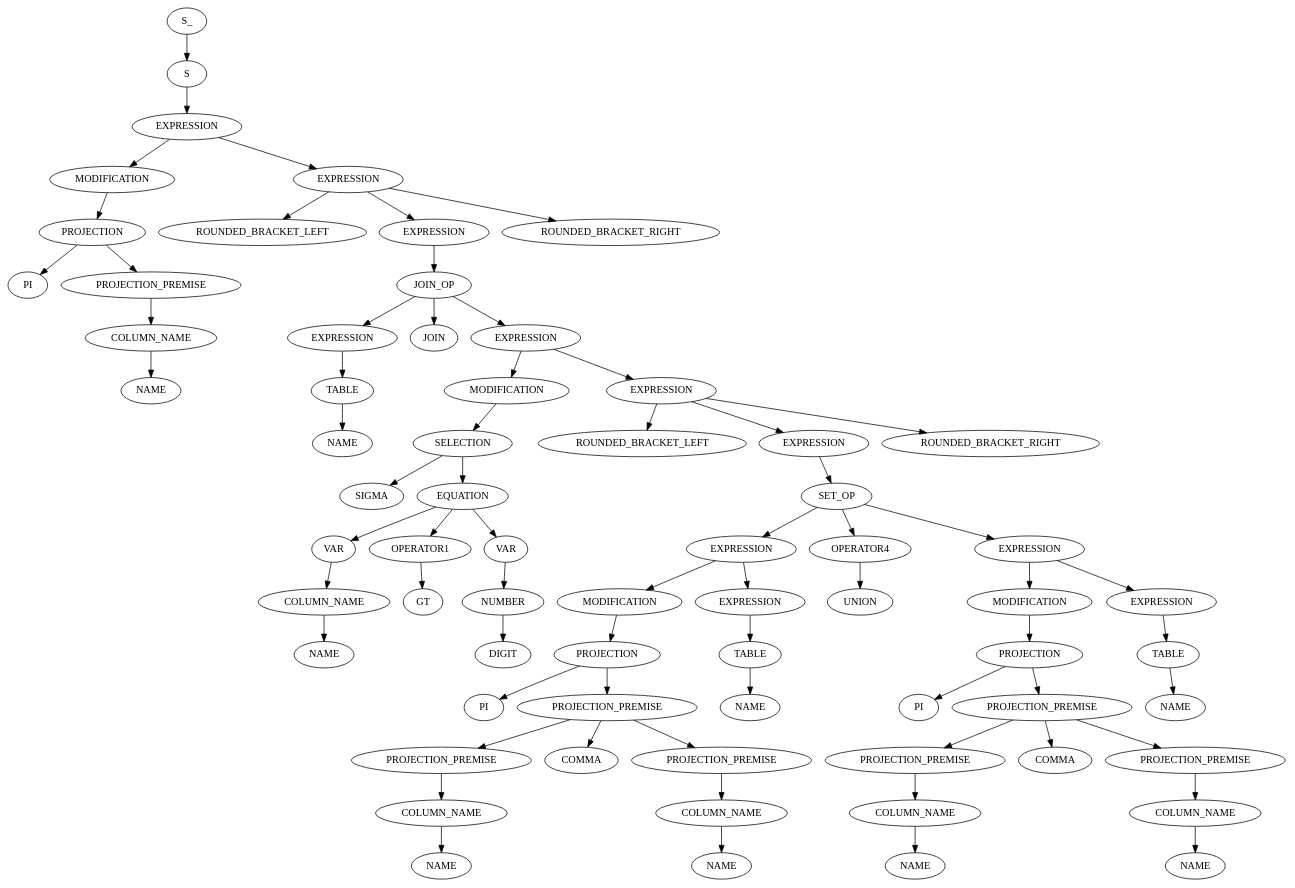
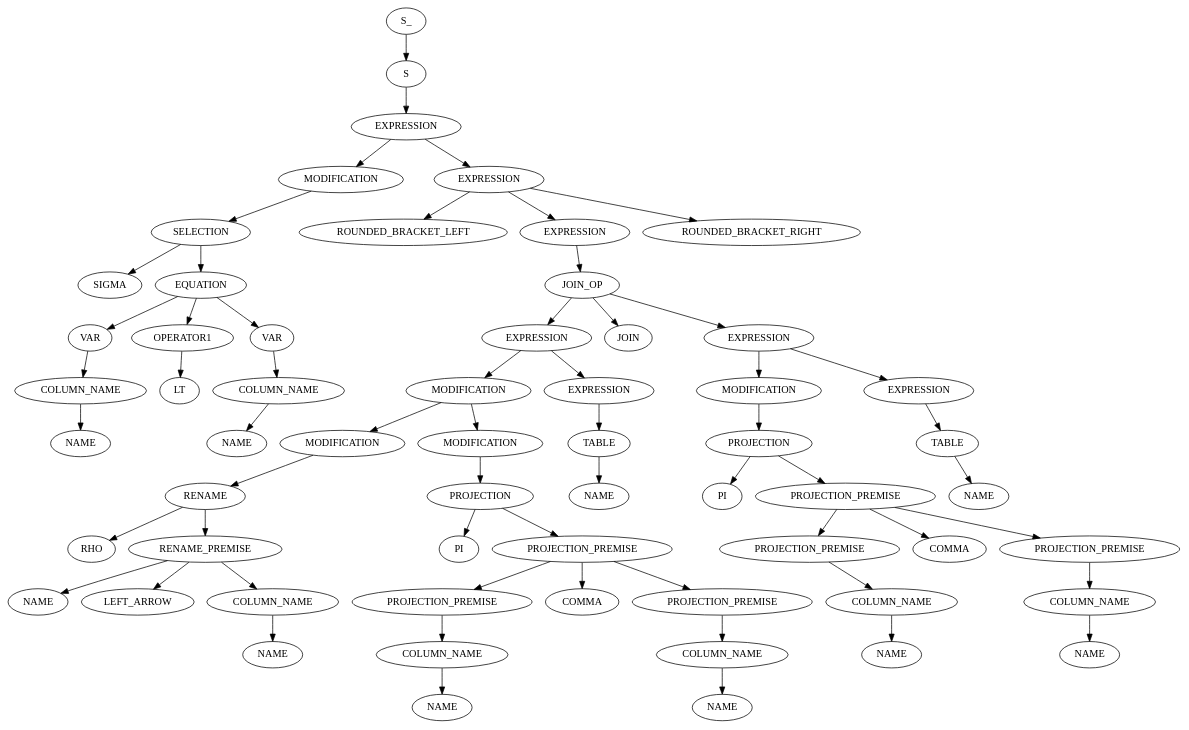
One commit to RobbeNooyens/RATSQL changed the diagram in output/out.dot. Above: the diagram before and after it, drawn with Graphviz. The commit also changed 2 other files, not shown here.

```diff
--- a/output/out.dot
+++ b/output/out.dot
@@ -1,137 +1,121 @@
 digraph ParseTree {
   0 [label="S_"];
   0 -> 1
   1 [label="S"];
   1 -> 2
   2 [label="EXPRESSION"];
   2 -> 3
   3 [label="MODIFICATION"];
   3 -> 4
-  4 [label="PROJECTION"];
+  4 [label="SELECTION"];
   4 -> 5
-  5 [label="PI"];
+  5 [label="SIGMA"];
   4 -> 6
-  6 [label="PROJECTION_PREMISE"];
+  6 [label="EQUATION"];
   6 -> 7
-  7 [label="COLUMN_NAME"];
+  7 [label="VAR"];
   7 -> 8
-  8 [label="NAME"];
-  2 -> 9
-  9 [label="EXPRESSION"];
-  9 -> 10
-  10 [label="ROUNDED_BRACKET_LEFT"];
-  9 -> 11
-  11 [label="EXPRESSION"];
-  11 -> 12
-  12 [label="JOIN_OP"];
+  8 [label="COLUMN_NAME"];
+  8 -> 9
+  9 [label="NAME"];
+  6 -> 10
+  10 [label="OPERATOR1"];
+  10 -> 11
+  11 [label="LT"];
+  6 -> 12
+  12 [label="VAR"];
   12 -> 13
-  13 [label="EXPRESSION"];
+  13 [label="COLUMN_NAME"];
   13 -> 14
-  14 [label="TABLE"];
-  14 -> 15
-  15 [label="NAME"];
-  12 -> 16
-  16 [label="JOIN"];
-  12 -> 17
+  14 [label="NAME"];
+  2 -> 15
+  15 [label="EXPRESSION"];
+  15 -> 16
+  16 [label="ROUNDED_BRACKET_LEFT"];
+  15 -> 17
   17 [label="EXPRESSION"];
   17 -> 18
-  18 [label="MODIFICATION"];
+  18 [label="JOIN_OP"];
   18 -> 19
-  19 [label="SELECTION"];
+  19 [label="EXPRESSION"];
   19 -> 20
-  20 [label="SIGMA"];
-  19 -> 21
-  21 [label="EQUATION"];
+  20 [label="MODIFICATION"];
+  20 -> 21
+  21 [label="MODIFICATION"];
   21 -> 22
-  22 [label="VAR"];
+  22 [label="RENAME"];
   22 -> 23
-  23 [label="COLUMN_NAME"];
-  23 -> 24
-  24 [label="NAME"];
-  21 -> 25
-  25 [label="OPERATOR1"];
-  25 -> 26
-  26 [label="GT"];
-  21 -> 27
-  27 [label="VAR"];
+  23 [label="RHO"];
+  22 -> 24
+  24 [label="RENAME_PREMISE"];
+  24 -> 25
+  25 [label="NAME"];
+  24 -> 26
+  26 [label="LEFT_ARROW"];
+  24 -> 27
+  27 [label="COLUMN_NAME"];
   27 -> 28
-  28 [label="NUMBER"];
-  28 -> 29
-  29 [label="DIGIT"];
-  17 -> 30
-  30 [label="EXPRESSION"];
+  28 [label="NAME"];
+  20 -> 29
+  29 [label="MODIFICATION"];
+  29 -> 30
+  30 [label="PROJECTION"];
   30 -> 31
-  31 [label="ROUNDED_BRACKET_LEFT"];
+  31 [label="PI"];
   30 -> 32
-  32 [label="EXPRESSION"];
+  32 [label="PROJECTION_PREMISE"];
   32 -> 33
-  33 [label="SET_OP"];
+  33 [label="PROJECTION_PREMISE"];
   33 -> 34
-  34 [label="EXPRESSION"];
+  34 [label="COLUMN_NAME"];
   34 -> 35
-  35 [label="MODIFICATION"];
-  35 -> 36
-  36 [label="PROJECTION"];
-  36 -> 37
-  37 [label="PI"];
-  36 -> 38
-  38 [label="PROJECTION_PREMISE"];
+  35 [label="NAME"];
+  32 -> 36
+  36 [label="COMMA"];
+  32 -> 37
+  37 [label="PROJECTION_PREMISE"];
+  37 -> 38
+  38 [label="COLUMN_NAME"];
   38 -> 39
-  39 [label="PROJECTION_PREMISE"];
-  39 -> 40
-  40 [label="COLUMN_NAME"];
+  39 [label="NAME"];
+  19 -> 40
+  40 [label="EXPRESSION"];
   40 -> 41
-  41 [label="NAME"];
-  38 -> 42
-  42 [label="COMMA"];
-  38 -> 43
-  43 [label="PROJECTION_PREMISE"];
-  43 -> 44
-  44 [label="COLUMN_NAME"];
+  41 [label="TABLE"];
+  41 -> 42
+  42 [label="NAME"];
+  18 -> 43
+  43 [label="JOIN"];
+  18 -> 44
+  44 [label="EXPRESSION"];
   44 -> 45
-  45 [label="NAME"];
-  34 -> 46
-  46 [label="EXPRESSION"];
+  45 [label="MODIFICATION"];
+  45 -> 46
+  46 [label="PROJECTION"];
   46 -> 47
-  47 [label="TABLE"];
-  47 -> 48
-  48 [label="NAME"];
-  33 -> 49
-  49 [label="OPERATOR4"];
+  47 [label="PI"];
+  46 -> 48
+  48 [label="PROJECTION_PREMISE"];
+  48 -> 49
+  49 [label="PROJECTION_PREMISE"];
   49 -> 50
-  50 [label="UNION"];
-  33 -> 51
-  51 [label="EXPRESSION"];
-  51 -> 52
-  52 [label="MODIFICATION"];
-  52 -> 53
-  53 [label="PROJECTION"];
+  50 [label="COLUMN_NAME"];
+  50 -> 51
+  51 [label="NAME"];
+  48 -> 52
+  52 [label="COMMA"];
+  48 -> 53
+  53 [label="PROJECTION_PREMISE"];
   53 -> 54
-  54 [label="PI"];
-  53 -> 55
-  55 [label="PROJECTION_PREMISE"];
-  55 -> 56
-  56 [label="PROJECTION_PREMISE"];
+  54 [label="COLUMN_NAME"];
+  54 -> 55
+  55 [label="NAME"];
+  44 -> 56
+  56 [label="EXPRESSION"];
   56 -> 57
-  57 [label="COLUMN_NAME"];
+  57 [label="TABLE"];
   57 -> 58
   58 [label="NAME"];
-  55 -> 59
-  59 [label="COMMA"];
-  55 -> 60
-  60 [label="PROJECTION_PREMISE"];
-  60 -> 61
-  61 [label="COLUMN_NAME"];
-  61 -> 62
-  62 [label="NAME"];
-  51 -> 63
-  63 [label="EXPRESSION"];
-  63 -> 64
-  64 [label="TABLE"];
-  64 -> 65
-  65 [label="NAME"];
-  30 -> 66
-  66 [label="ROUNDED_BRACKET_RIGHT"];
-  9 -> 67
-  67 [label="ROUNDED_BRACKET_RIGHT"];
+  15 -> 59
+  59 [label="ROUNDED_BRACKET_RIGHT"];
 }
```
